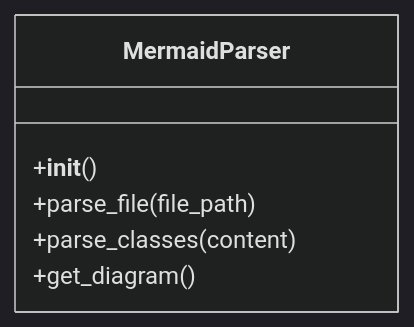
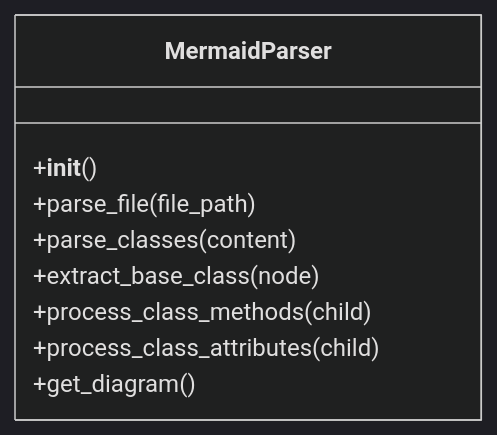
Before and after one commit to fearnworks/mermaidit: the diagram in src/mermaid_parser/mermaid_parser_class.md, drawn with Mermaid (dark theme). The commit also changed 2 other files, not shown here.

Commit message:
Split parse_classes into subproc and add tests

````diff
--- a/src/mermaid_parser/mermaid_parser_class.md
+++ b/src/mermaid_parser/mermaid_parser_class.md
@@ -1,9 +1,12 @@
 ```mermaid
 classDiagram
 class MermaidParser {
     +__init__()
     +parse_file(file_path)
     +parse_classes(content)
+    +extract_base_class(node)
+    +process_class_methods(child)
+    +process_class_attributes(child)
     +get_diagram()
 }
 ```
````
